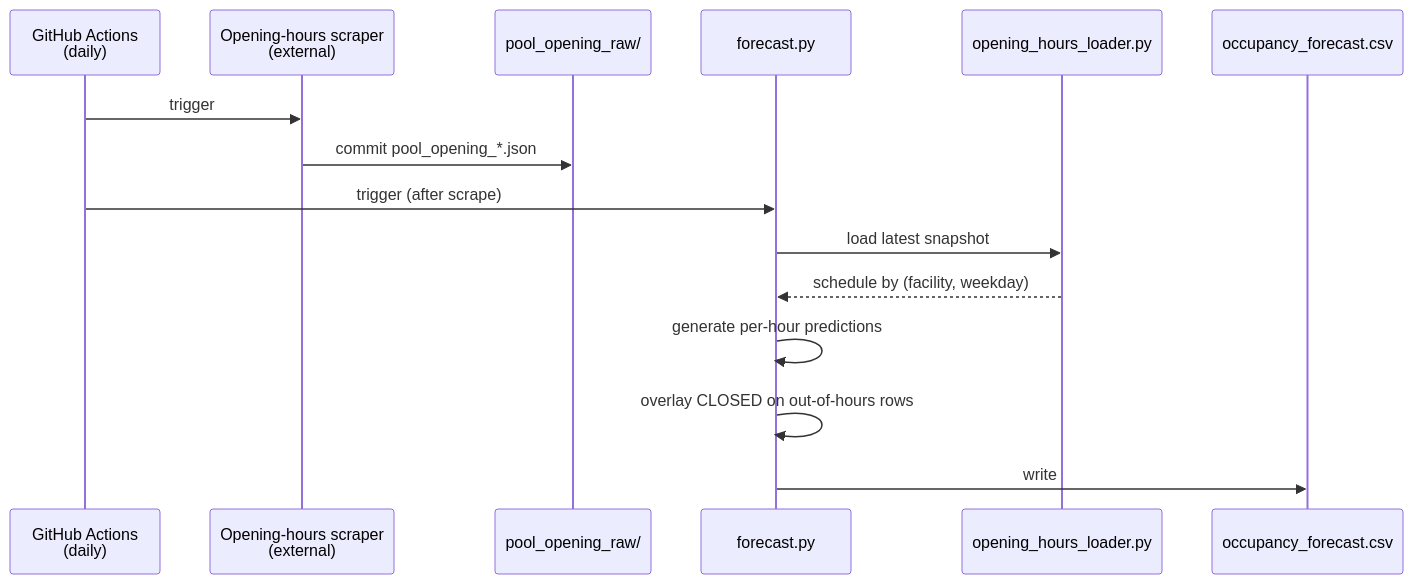
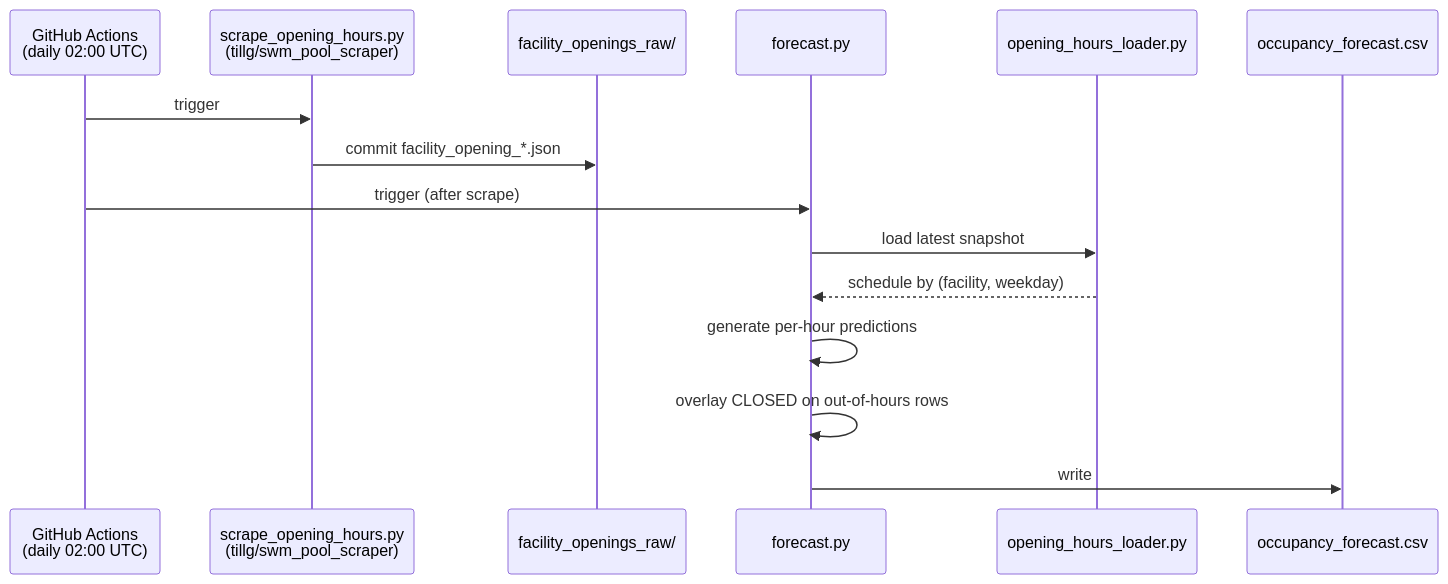
The second of 2 diagrams in Specs/changes/integrate-opening-hours/domain.md (tillg/swm_pool_data), drawn with Mermaid before and after one commit. The commit also changed other lines of this file and 5 other files, not shown here.

First line of the commit message:
Add daily opening-hours scraper workflow

````diff
--- a/Specs/changes/integrate-opening-hours/domain.md
+++ b/Specs/changes/integrate-opening-hours/domain.md
@@ -104,18 +116,18 @@
 ```mermaid
 sequenceDiagram
-    participant Cron as GitHub Actions<br/>(daily)
-    participant Scraper as Opening-hours scraper<br/>(external)
-    participant Repo as pool_opening_raw/
+    participant Cron as GitHub Actions<br/>(daily 02:00 UTC)
+    participant Scraper as scrape_opening_hours.py<br/>(tillg/swm_pool_scraper)
+    participant Repo as facility_openings_raw/
     participant Forecast as forecast.py
     participant Loader as opening_hours_loader.py
     participant CSV as occupancy_forecast.csv
 
     Cron->>Scraper: trigger
-    Scraper->>Repo: commit pool_opening_*.json
+    Scraper->>Repo: commit facility_opening_*.json
     Cron->>Forecast: trigger (after scrape)
     Forecast->>Loader: load latest snapshot
     Loader-->>Forecast: schedule by (facility, weekday)
     Forecast->>Forecast: generate per-hour predictions
     Forecast->>Forecast: overlay CLOSED on out-of-hours rows
     Forecast->>CSV: write
 ```
````
